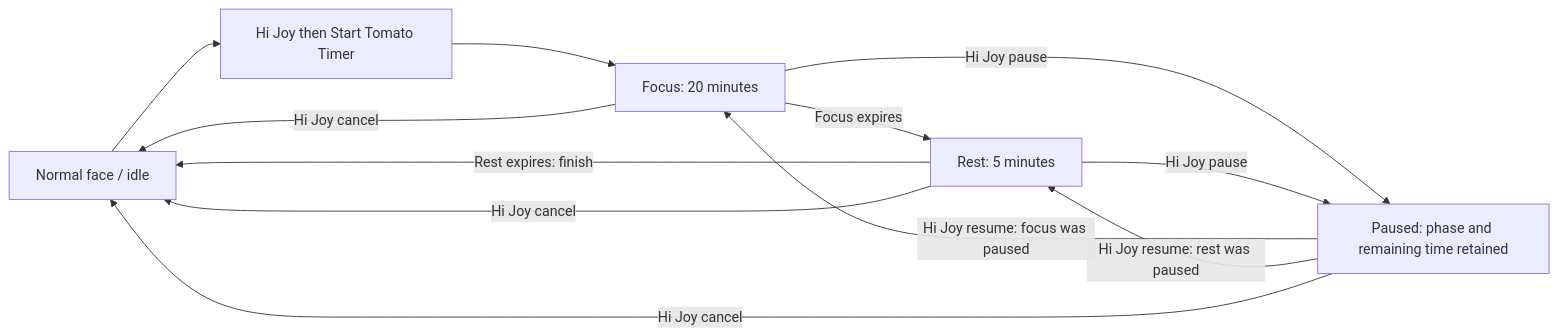
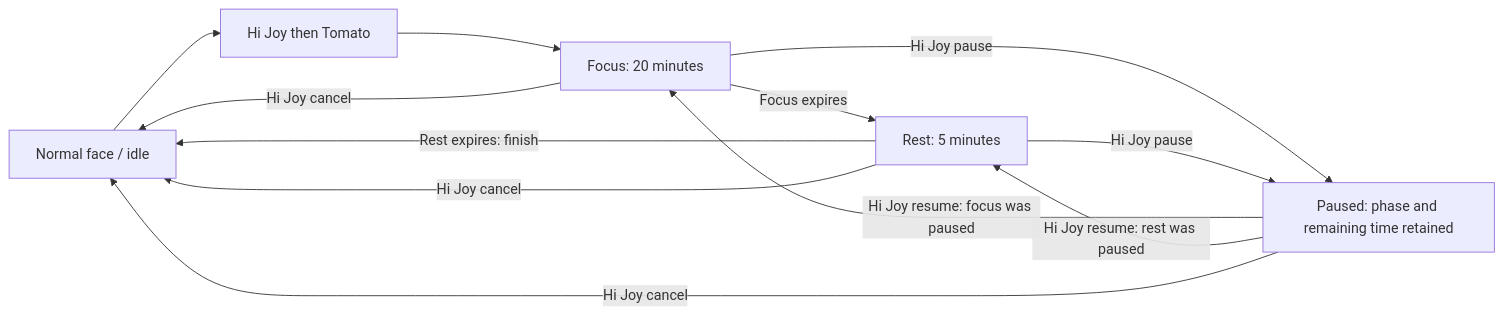
One commit to yeejingye/jyos-stackchan changed the diagram in knowledge_base/feat/pomodoro/feature.md. Above: the diagram before and after it, drawn with Mermaid. The commit also changed other lines of this file and 12 other files, not shown here.

Commit message:
feat(voice): use Tomato to start the timer

````diff
--- a/knowledge_base/feat/pomodoro/feature.md
+++ b/knowledge_base/feat/pomodoro/feature.md
@@ -25,19 +25,19 @@
 ```mermaid
 flowchart LR
   Normal["Normal face / idle"]
-  Command["Hi Joy then Start Tomato Timer"]
+  Command["Hi Joy then Tomato"]
   Focus["Focus: 20 minutes"]
   Rest["Rest: 5 minutes"]
   Paused["Paused: phase and remaining time retained"]
   Normal --> Command
   Command --> Focus
   Focus -->|"Focus expires"| Rest
   Rest -->|"Rest expires: finish"| Normal
   Paused -->|"Hi Joy resume: focus was paused"| Focus
   Paused -->|"Hi Joy resume: rest was paused"| Rest
   Focus -->|"Hi Joy pause"| Paused
   Rest -->|"Hi Joy pause"| Paused
   Focus -->|"Hi Joy cancel"| Normal
   Rest -->|"Hi Joy cancel"| Normal
   Paused -->|"Hi Joy cancel"| Normal
 ```
````
